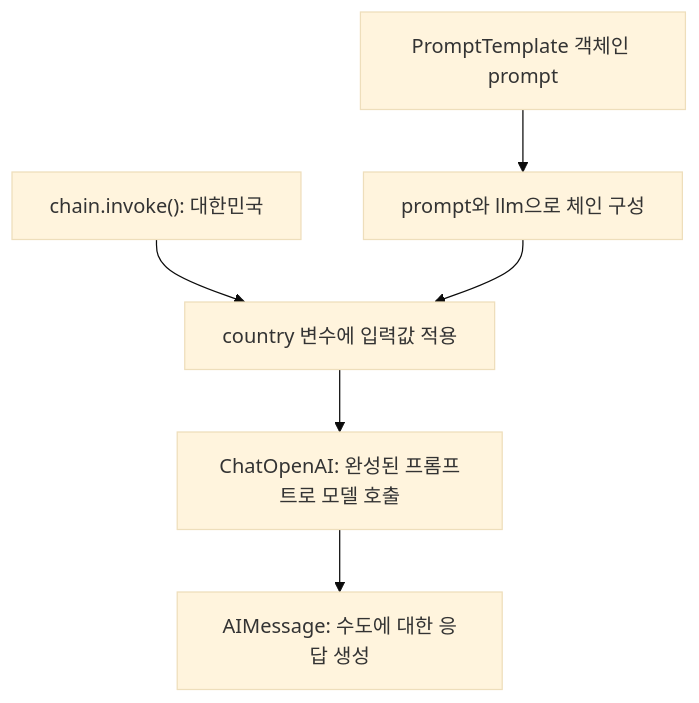
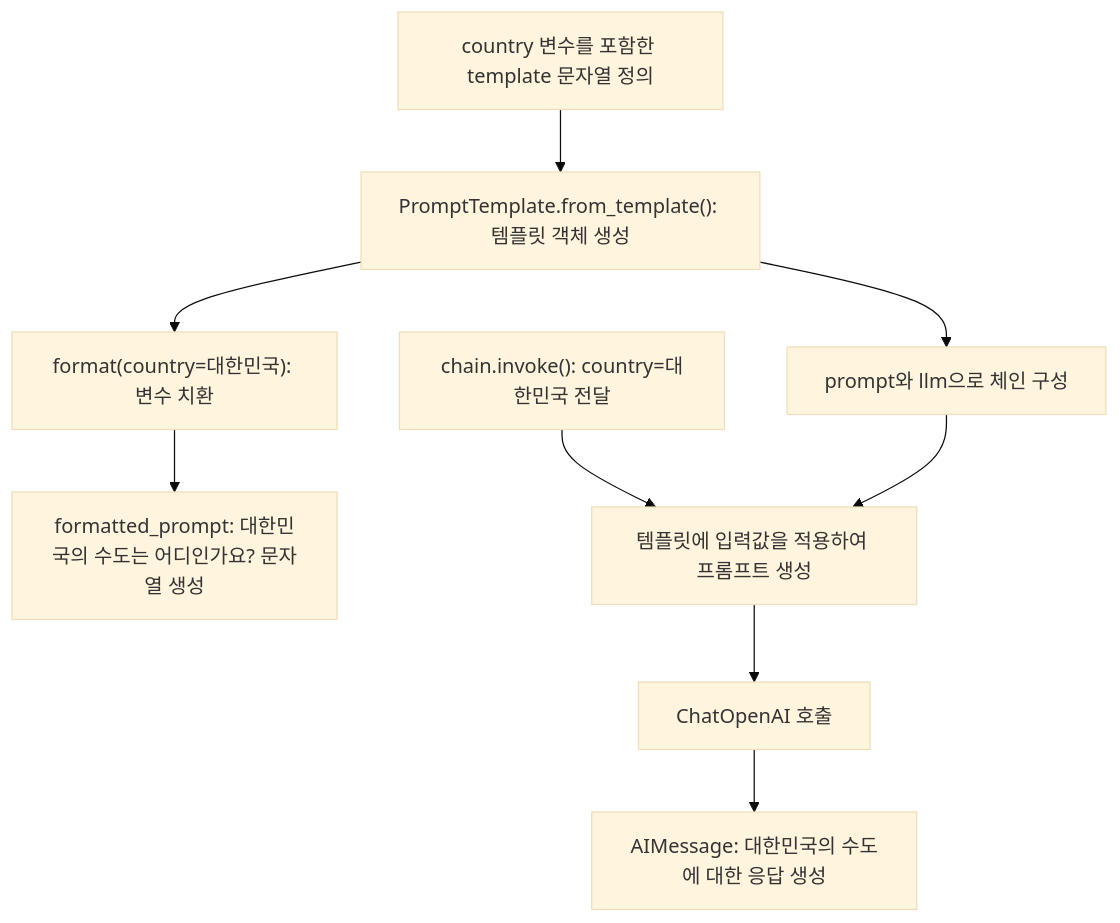
One commit to noohsss/learning changed the first of 7 diagrams in teddy-note-rag/05_prompt.md. Above: the diagram before and after it, drawn with Mermaid (base theme). The commit also changed other lines of this file, not shown here.

Commit message:
docs: teddy-note-rag 05_prompt

````diff
--- a/teddy-note-rag/05_prompt.md
+++ b/teddy-note-rag/05_prompt.md
@@ -77,8 +39,11 @@
 ```mermaid
 flowchart TD
-    A["PromptTemplate 객체인 prompt"] --> B["prompt와 llm으로 체인 구성"]
-    C["chain.invoke(): 대한민국"] --> D["country 변수에 입력값 적용"]
-    B --> D
-    D --> E["ChatOpenAI: 완성된 프롬프트로 모델 호출"]
-    E --> F["AIMessage: 수도에 대한 응답 생성"]
+    A["country 변수를 포함한 template 문자열 정의"] --> B["PromptTemplate.from_template(): 템플릿 객체 생성"]
+    B --> C["format(country=대한민국): 변수 치환"]
+    C --> D["formatted_prompt: 대한민국의 수도는 어디인가요? 문자열 생성"]
+    B --> E["prompt와 llm으로 체인 구성"]
+    Q["chain.invoke(): country=대한민국 전달"] --> F["템플릿에 입력값을 적용하여 프롬프트 생성"]
+    E --> F
+    F --> G["ChatOpenAI 호출"]
+    G --> H["AIMessage: 대한민국의 수도에 대한 응답 생성"]
 ```
````
